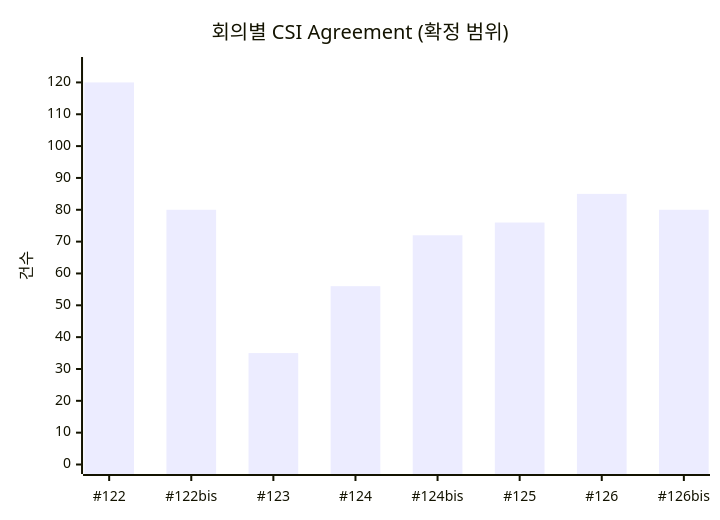
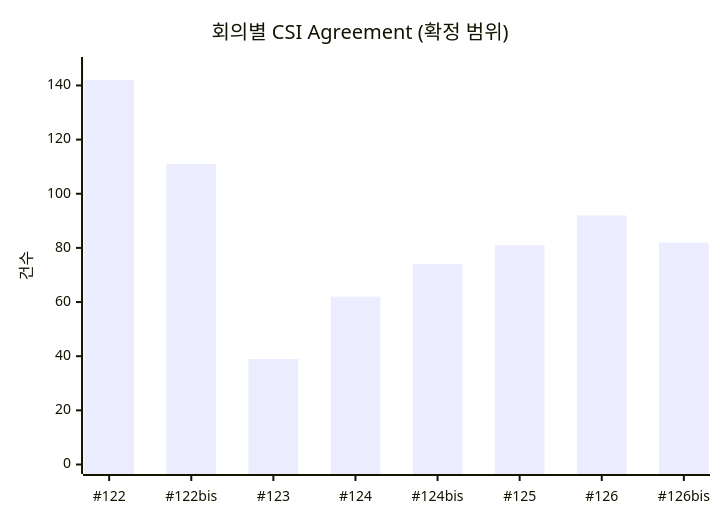
One commit to jgunmoon/RAN1-CSI-Dashboard changed the diagram in reports/README.md. Above: the diagram before and after it, drawn with Mermaid. The commit also changed other lines of this file and 8 other files, not shown here.

````diff
--- a/reports/README.md
+++ b/reports/README.md
@@ -47,7 +47,7 @@
 ```mermaid
 xychart-beta
     title "회의별 CSI Agreement (확정 범위)"
     x-axis ["#122", "#122bis", "#123", "#124", "#124bis", "#125", "#126", "#126bis"]
-    y-axis "건수" 0 --> 125
-    bar [120, 80, 35, 56, 72, 76, 85, 80]
+    y-axis "건수" 0 --> 147
+    bar [142, 111, 39, 62, 74, 81, 92, 82]
 ```
````
